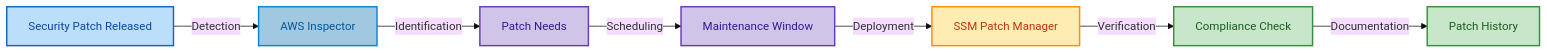
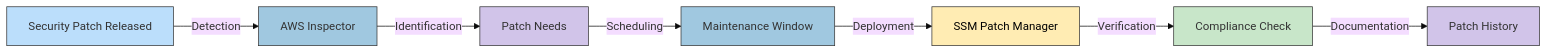
One commit to Hack23/cia changed the ninth of 9 diagrams in SECURITY_ARCHITECTURE.md. Above: the diagram before and after it, drawn with Mermaid (base theme). The commit also changed other lines of this file, not shown here.

````diff
--- a/SECURITY_ARCHITECTURE.md
+++ b/SECURITY_ARCHITECTURE.md
@@ -769,23 +959,17 @@
 ```mermaid
 graph LR
-    %% Node styling classes
-    classDef triggerNode fill:#bbdefb,stroke:#1565c0,stroke-width:2px,color:#0d47a1
-    classDef detectNode fill:#a0c8e0,stroke:#0288d1,stroke-width:2px,color:#01579b
-    classDef planNode fill:#d1c4e9,stroke:#673ab7,stroke-width:2px,color:#311b92
-    classDef implementNode fill:#ffecb3,stroke:#ff8f00,stroke-width:2px,color:#bf360c
-    classDef verifyNode fill:#c8e6c9,stroke:#388e3c,stroke-width:2px,color:#1b5e20
-    
     A[Security Patch Released] -->|Detection| B[AWS Inspector]
     B -->|Identification| C[Patch Needs]
     C -->|Scheduling| D[Maintenance Window]
     D -->|Deployment| E[SSM Patch Manager]
     E -->|Verification| F[Compliance Check]
     F -->|Documentation| G[Patch History]
     
-    %% Apply styling classes
-    class A triggerNode
-    class B detectNode
-    class C,D planNode
-    class E implementNode
-    class F,G verifyNode
+    style A fill:#bbdefb,stroke:#333,stroke-width:1px
+    style B fill:#a0c8e0,stroke:#333,stroke-width:1px
+    style C fill:#d1c4e9,stroke:#333,stroke-width:1px
+    style D fill:#a0c8e0,stroke:#333,stroke-width:1px
+    style E fill:#ffecb3,stroke:#333,stroke-width:1px,color:black
+    style F fill:#c8e6c9,stroke:#333,stroke-width:1px
+    style G fill:#d1c4e9,stroke:#333,stroke-width:1px
 ```
````
